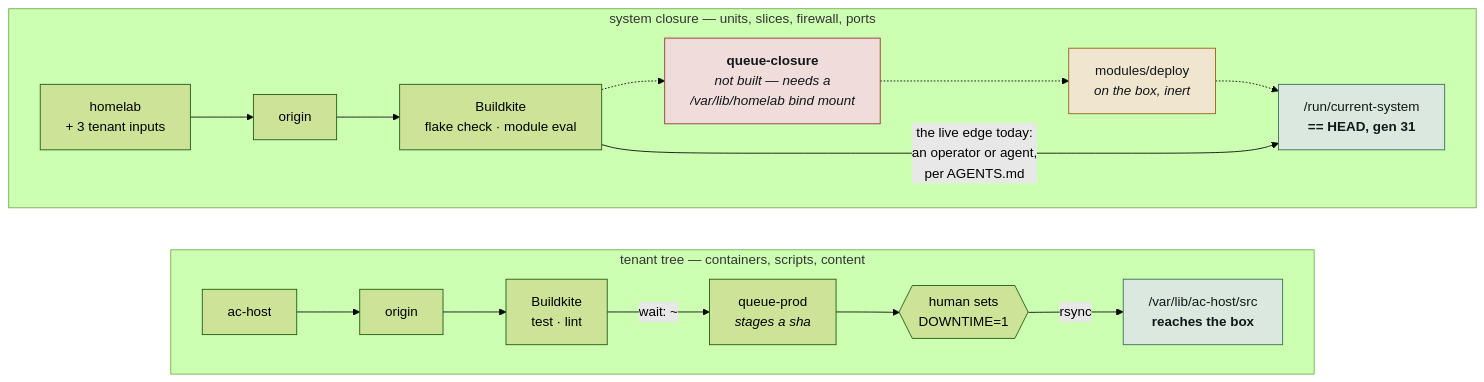
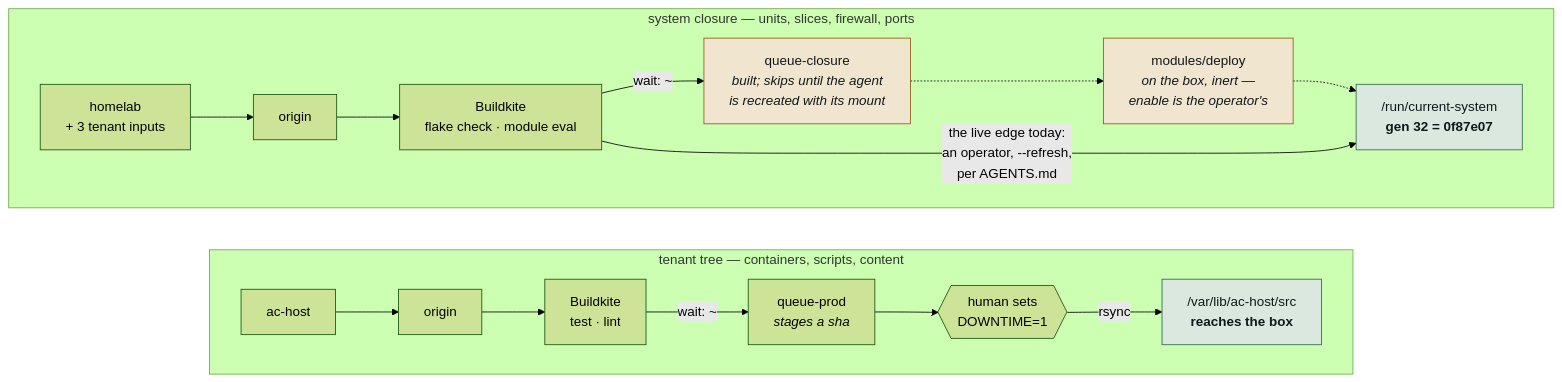
One commit to imkarrer/homelab changed the second of 5 diagrams in docs/architecture.md. Above: the diagram before and after it, drawn with Mermaid (forest theme). The commit also changed other lines of this file and 1 other file, not shown here.

First line of the commit message:
docs: one open-work list, not two; the delivery diagram shows both halves built

````diff
--- a/docs/architecture.md
+++ b/docs/architecture.md
@@ -62,29 +62,28 @@
 ```mermaid
 flowchart LR
     subgraph TENANT ["tenant tree — containers, scripts, content"]
         direction LR
         A1["ac-host"] --> A2["origin"]
         A2 --> A3["Buildkite<br/>test · lint"]
         A3 -- "wait: ~" --> A4["queue-prod<br/><i>stages a sha</i>"]
         A4 --> A5{{"human sets<br/>DOWNTIME=1"}}
         A5 -- "rsync" --> A6["/var/lib/ac-host/src<br/><b>reaches the box</b>"]
     end
 
     subgraph CLOSURE ["system closure — units, slices, firewall, ports"]
         direction LR
         B1["homelab<br/>+ 3 tenant inputs"] --> B2["origin"]
         B2 --> B3["Buildkite<br/>flake check · module eval"]
-        B3 -.-> B4["<b>queue-closure</b><br/><i>not built — needs a<br/>/var/lib/homelab bind mount</i>"]
-        B4 -.-> B5["modules/deploy<br/><i>on the box, inert</i>"]
-        B5 -.-> B6["/run/current-system<br/><b>== HEAD, gen 31</b>"]
-        B3 -- "the live edge today:<br/>an operator or agent,<br/>per AGENTS.md" --> B6
+        B3 -- "wait: ~" --> B4["queue-closure<br/><i>built; skips until the agent<br/>is recreated with its mount</i>"]
+        B4 -.-> B5["modules/deploy<br/><i>on the box, inert —<br/>enable is the operator's</i>"]
+        B5 -.-> B6["/run/current-system<br/><b>gen 32 = 0f87e07</b>"]
+        B3 -- "the live edge today:<br/>an operator, --refresh,<br/>per AGENTS.md" --> B6
     end
 
     classDef ok fill:#dae8df,stroke:#2c6b4b,color:#101819;
     classDef gap fill:#f0dcda,stroke:#8f2f29,color:#101819;
     classDef pend fill:#f0e6d0,stroke:#8d5c0c,color:#101819;
     class A6 ok;
-    class B4 gap;
+    class B4,B5 pend;
     class B6 ok;
-    class B5 pend;
 ```
````
